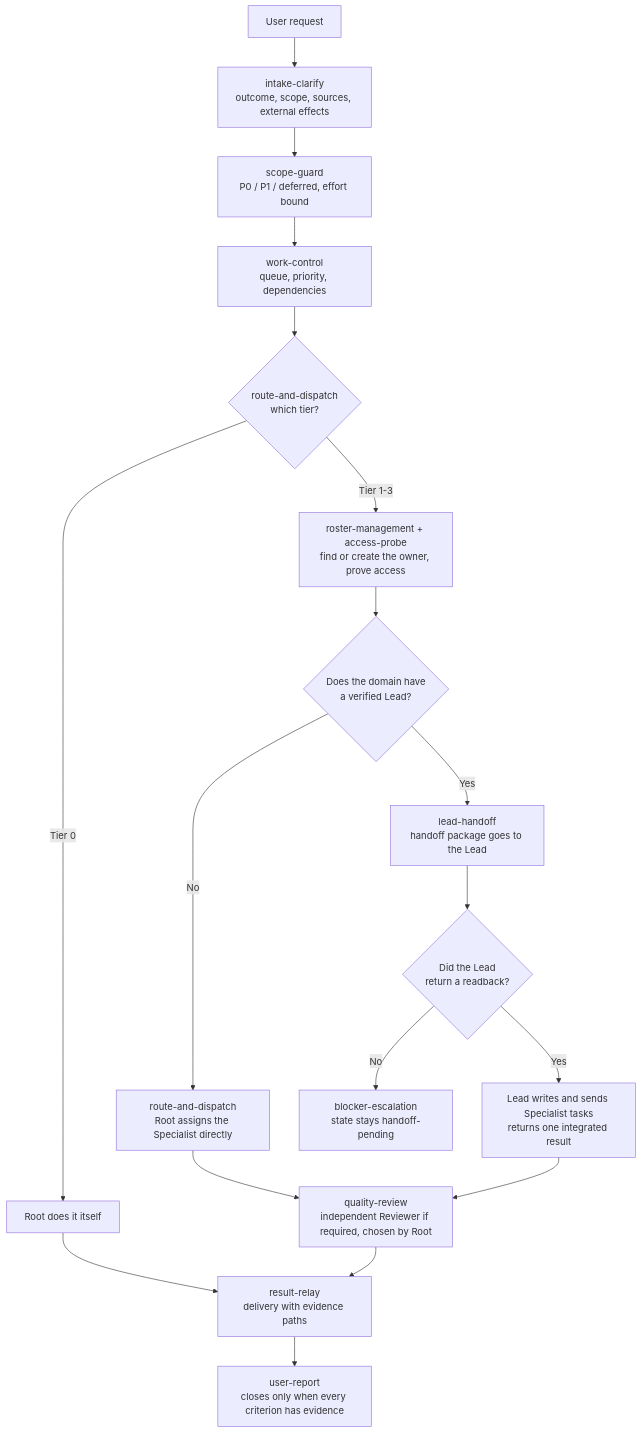
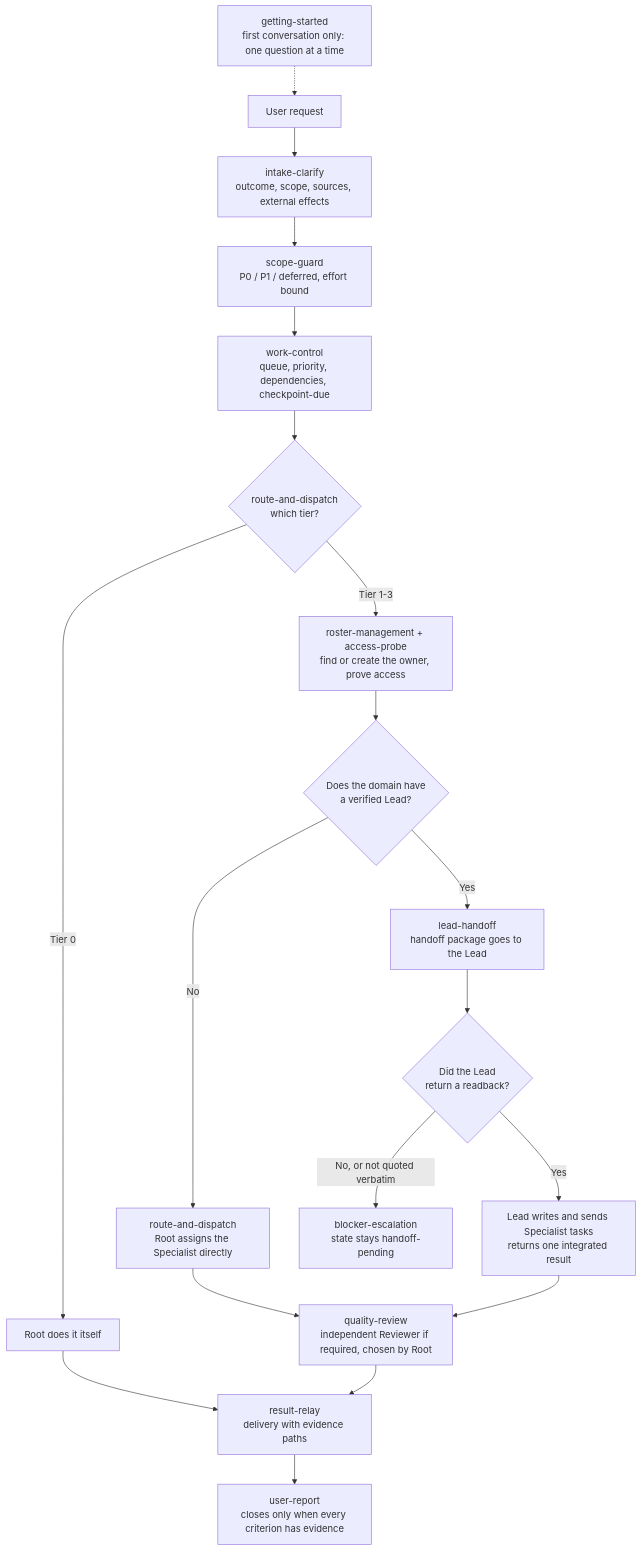
Before and after one commit to MrBekoX/root-agent-skill-framework: the first of 2 diagrams in README.md, drawn with Mermaid. The commit also changed other lines of this file and 15 other files, not shown here.

````diff
--- a/README.md
+++ b/README.md
@@ -32,20 +32,21 @@
 ```mermaid
 flowchart TD
+    GS["getting-started<br/>first conversation only: one question at a time"] -.-> P
     P["User request"] --> IC["intake-clarify<br/>outcome, scope, sources, external effects"]
     IC --> SG["scope-guard<br/>P0 / P1 / deferred, effort bound"]
-    SG --> WC["work-control<br/>queue, priority, dependencies"]
+    SG --> WC["work-control<br/>queue, priority, dependencies, checkpoint-due"]
     WC --> RD{"route-and-dispatch<br/>which tier?"}
     RD -->|"Tier 0"| T0["Root does it itself"]
     RD -->|"Tier 1-3"| RM["roster-management + access-probe<br/>find or create the owner, prove access"]
     RM --> HAS{"Does the domain have<br/>a verified Lead?"}
     HAS -->|"No"| T1["route-and-dispatch<br/>Root assigns the Specialist directly"]
     HAS -->|"Yes"| LH["lead-handoff<br/>handoff package goes to the Lead"]
     LH --> RB{"Did the Lead<br/>return a readback?"}
-    RB -->|"No"| BE["blocker-escalation<br/>state stays handoff-pending"]
+    RB -->|"No, or not quoted verbatim"| BE["blocker-escalation<br/>state stays handoff-pending"]
     RB -->|"Yes"| LM["Lead writes and sends Specialist tasks<br/>returns one integrated result"]
     T1 --> QR["quality-review<br/>independent Reviewer if required, chosen by Root"]
     LM --> QR
     T0 --> RR
     QR --> RR["result-relay<br/>delivery with evidence paths"]
     RR --> UR["user-report<br/>closes only when every criterion has evidence"]
 ```
````
